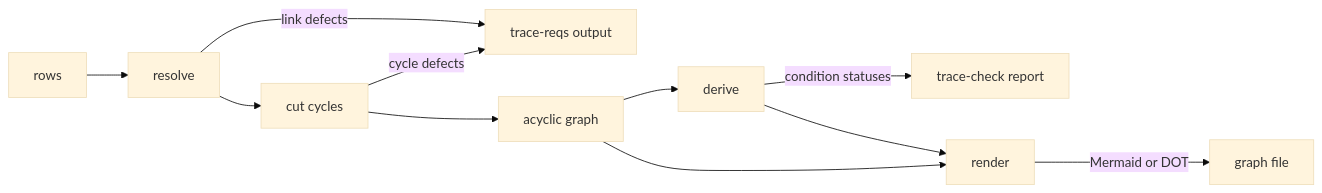
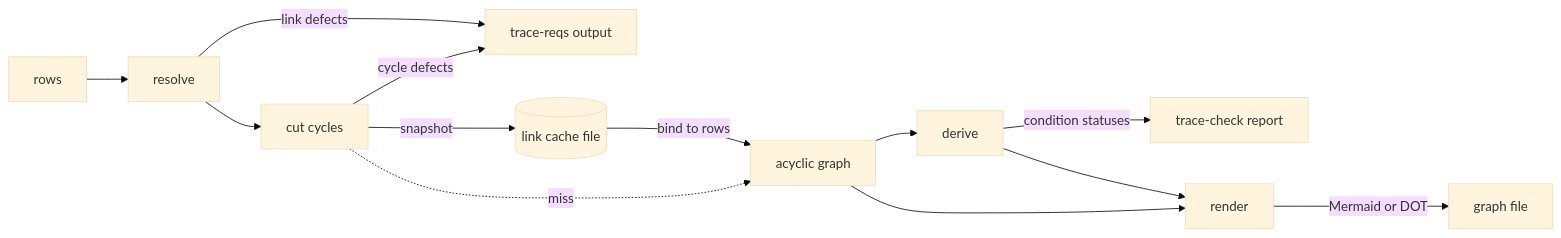
The diagram in documentation/vv/tracer-link-graph-design.md (Dyse-Industries/control-rs), drawn with Mermaid (base theme) before and after one commit. The commit also changed other lines of this file and 8 other files, not shown here.

First line of the commit message:
Mdsdev/link graph snapshot (#134)

````diff
--- a/documentation/vv/tracer-link-graph-design.md
+++ b/documentation/vv/tracer-link-graph-design.md
@@ -95,13 +137,15 @@
 ```mermaid
 flowchart LR
     R[rows] --> A[resolve]
     A -->|link defects| D1[trace-reqs output]
     A --> B[cut cycles]
     B -->|cycle defects| D1
-    B --> G[acyclic graph]
+    B -->|snapshot| S[(link cache file)]
+    S -->|bind to rows| G[acyclic graph]
+    B -.->|miss| G
     G --> C[derive]
     C -->|condition statuses| D2[trace-check report]
     G --> E[render]
     C --> E
     E -->|Mermaid or DOT| D3[graph file]
 ```
````
